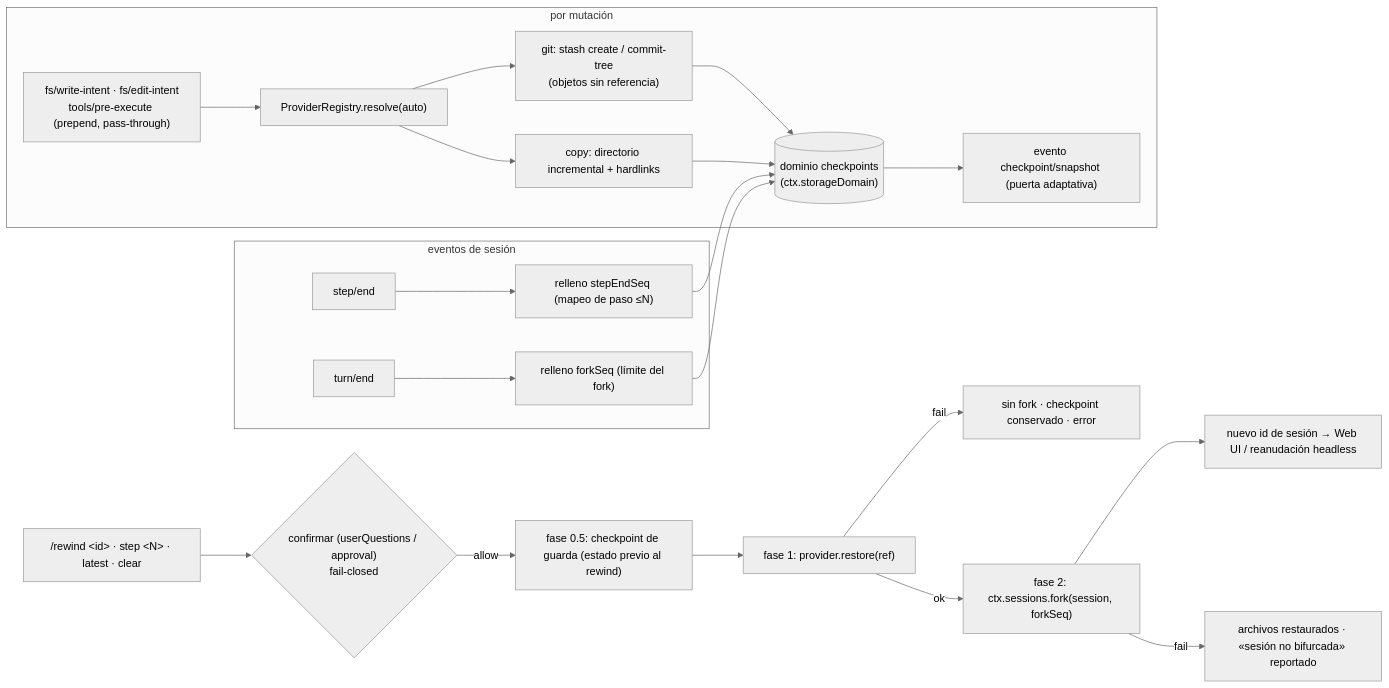
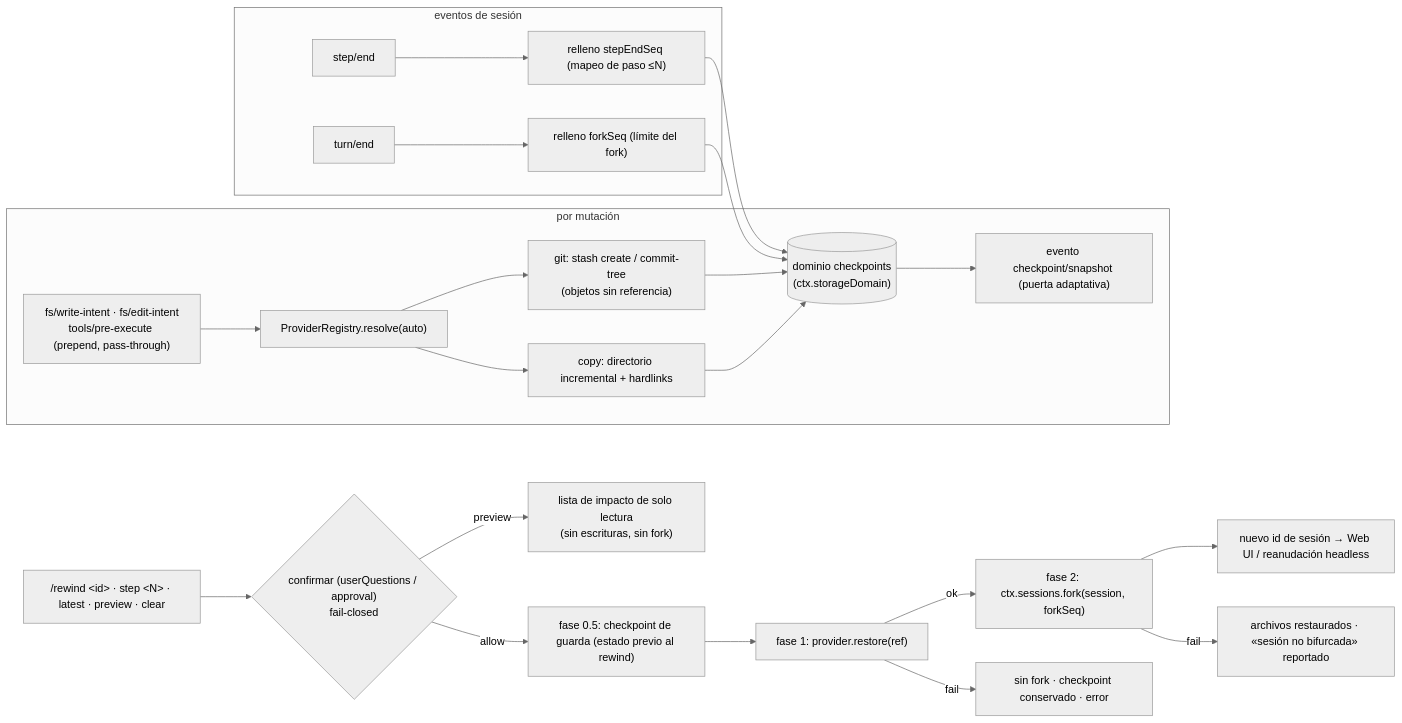
One commit to PerryLink/dsh-checkpoint-rewind changed the diagram in README.es.md. Above: the diagram before and after it, drawn with Mermaid (neutral theme). The commit also changed other lines of this file and 8 other files, not shown here.

Commit message:
docs: 0.4.0 —— 五语 README 同步（preview/glob/安全加固/演示与测试数 160）、ARCHITECTURE D14-D16、CHANGELOG 0.4.0 定版、SECURITY 资源面与不变量、AGENTS 布局图补 projection.mjs

````diff
--- a/README.es.md
+++ b/README.es.md
@@ -185,24 +205,25 @@
 ```mermaid
 flowchart LR
   subgraph capture["por mutación"]
     A["fs/write-intent · fs/edit-intent<br/>tools/pre-execute (prepend, pass-through)"] --> B["ProviderRegistry.resolve(auto)"]
     B --> C["git: stash create / commit-tree<br/>(objetos sin referencia)"]
     B --> D["copy: directorio incremental + hardlinks"]
     C --> E[("dominio checkpoints<br/>(ctx.storageDomain)")]
     D --> E
     E --> F["evento checkpoint/snapshot (puerta adaptativa)"]
   end
   subgraph session["eventos de sesión"]
     G["step/end"] --> H["relleno stepEndSeq (mapeo de paso ≤N)"]
     I["turn/end"] --> J["relleno forkSeq (límite del fork)"]
     H --> E
     J --> E
   end
-  K["/rewind &lt;id&gt; · step &lt;N&gt; · latest · clear"] --> L{"confirmar (userQuestions / approval)<br/>fail-closed"}
+  K["/rewind &lt;id&gt; · step &lt;N&gt; · latest · preview · clear"] --> L{"confirmar (userQuestions / approval)<br/>fail-closed"}
+  L -->|preview| KP["lista de impacto de solo lectura<br/>(sin escrituras, sin fork)"]
   L -->|allow| M["fase 0.5: checkpoint de guarda (estado previo al rewind)"]
   M --> N["fase 1: provider.restore(ref)"]
   N -->|ok| O["fase 2: ctx.sessions.fork(session, forkSeq)"]
   O --> P["nuevo id de sesión → Web UI / reanudación headless"]
   N -->|fail| Q["sin fork · checkpoint conservado · error"]
   O -->|fail| R["archivos restaurados · «sesión no bifurcada» reportado"]
 ```
````
